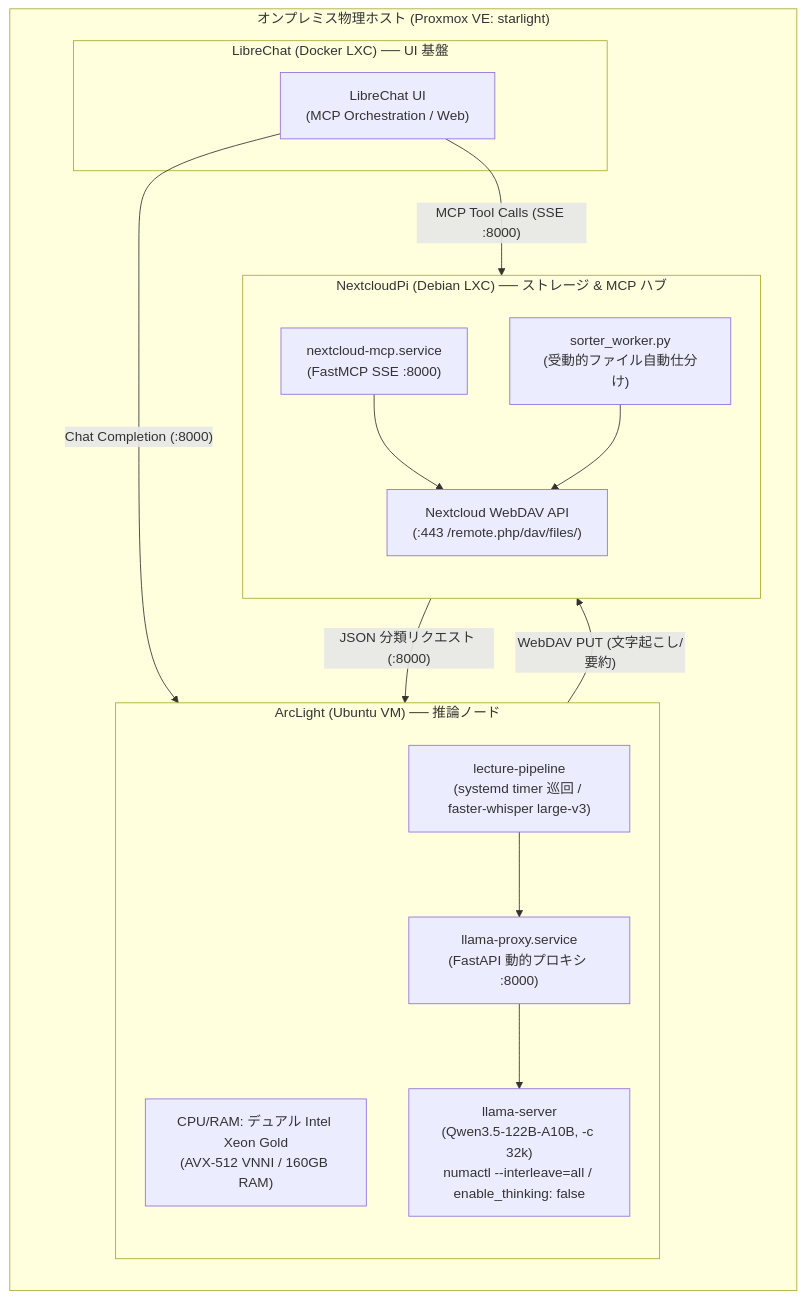
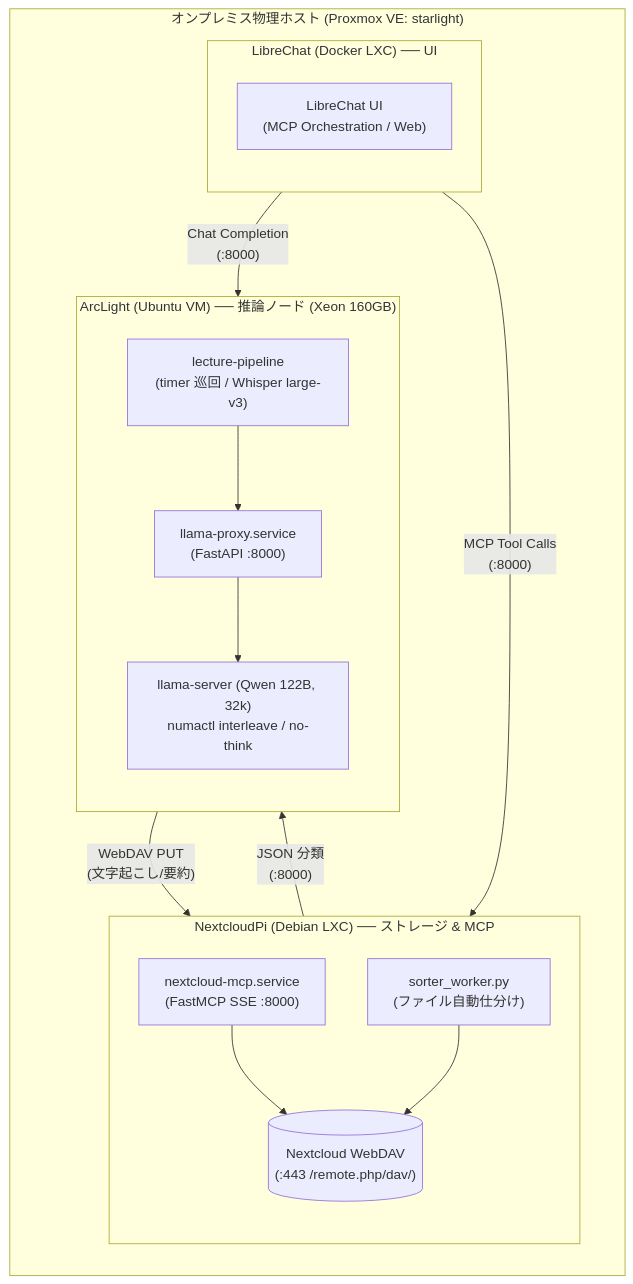
Before and after one commit to kuwafu/mcp-file-agent: the diagram in README.md, drawn with Mermaid.

````diff
--- a/README.md
+++ b/README.md
@@ -24,37 +24,36 @@
 ```mermaid
-flowchart TB
+flowchart LR
     subgraph Host["オンプレミス物理ホスト (Proxmox VE: starlight)"]
-        direction TB
 
-        subgraph ArcLight["ArcLight (Ubuntu VM) ── 推論ノード"]
+        subgraph LC["LibreChat (Docker LXC) ── UI"]
             direction TB
-            AL_SPEC["CPU/RAM: デュアル Intel Xeon Gold<br/>(AVX-512 VNNI / 160GB RAM)"]
-            AL_PROXY["llama-proxy.service<br/>(FastAPI 動的プロキシ :8000)"]
-            AL_LLAMA["llama-server<br/>(Qwen3.5-122B-A10B, -c 32k)<br/>numactl --interleave=all / enable_thinking: false"]
-            AL_PIPE["lecture-pipeline<br/>(systemd timer 巡回 / faster-whisper large-v3)"]
-
-            AL_PROXY --> AL_LLAMA
-            AL_PIPE --> AL_PROXY
+            LC_UI["LibreChat UI<br/>(MCP Orchestration / Web)"]
         end
 
-        subgraph NCP["NextcloudPi (Debian LXC) ── ストレージ & MCP ハブ"]
+        subgraph NCP["NextcloudPi (Debian LXC) ── ストレージ & MCP"]
             direction TB
-            NCP_DAV["Nextcloud WebDAV API<br/>(:443 /remote.php/dav/files/)"]
             NCP_MCP["nextcloud-mcp.service<br/>(FastMCP SSE :8000)"]
-            NCP_SORT["sorter_worker.py<br/>(受動的ファイル自動仕分け)"]
+            NCP_SORT["sorter_worker.py<br/>(ファイル自動仕分け)"]
+            NCP_DAV[("Nextcloud WebDAV<br/>(:443 /remote.php/dav/)")]
 
             NCP_MCP --> NCP_DAV
             NCP_SORT --> NCP_DAV
         end
 
-        subgraph LC["LibreChat (Docker LXC) ── UI 基盤"]
-            LC_UI["LibreChat UI<br/>(MCP Orchestration / Web)"]
+        subgraph ArcLight["ArcLight (Ubuntu VM) ── 推論ノード (Xeon 160GB)"]
+            direction TB
+            AL_PROXY["llama-proxy.service<br/>(FastAPI :8000)"]
+            AL_LLAMA["llama-server (Qwen 122B, 32k)<br/>numactl interleave / no-think"]
+            AL_PIPE["lecture-pipeline<br/>(timer 巡回 / Whisper large-v3)"]
+
+            AL_PIPE --> AL_PROXY
+            AL_PROXY --> AL_LLAMA
         end
     end
 
-    %% 通信連携 (Tailscale メッシュ網)
-    LC_UI -- "MCP Tool Calls (SSE :8000)" --> NCP_MCP
-    LC_UI -- "Chat Completion (:8000)" --> AL_PROXY
-    NCP_SORT -- "JSON 分類リクエスト (:8000)" --> AL_PROXY
-    AL_PIPE -- "WebDAV PUT (文字起こし/要約)" --> NCP_DAV
+    %% ノード間連携
+    LC_UI -- "MCP Tool Calls<br/>(:8000)" --> NCP_MCP
+    LC_UI -- "Chat Completion<br/>(:8000)" --> AL_PROXY
+    NCP_SORT -- "JSON 分類<br/>(:8000)" --> AL_PROXY
+    AL_PIPE -- "WebDAV PUT<br/>(文字起こし/要約)" --> NCP_DAV
 ```
````
